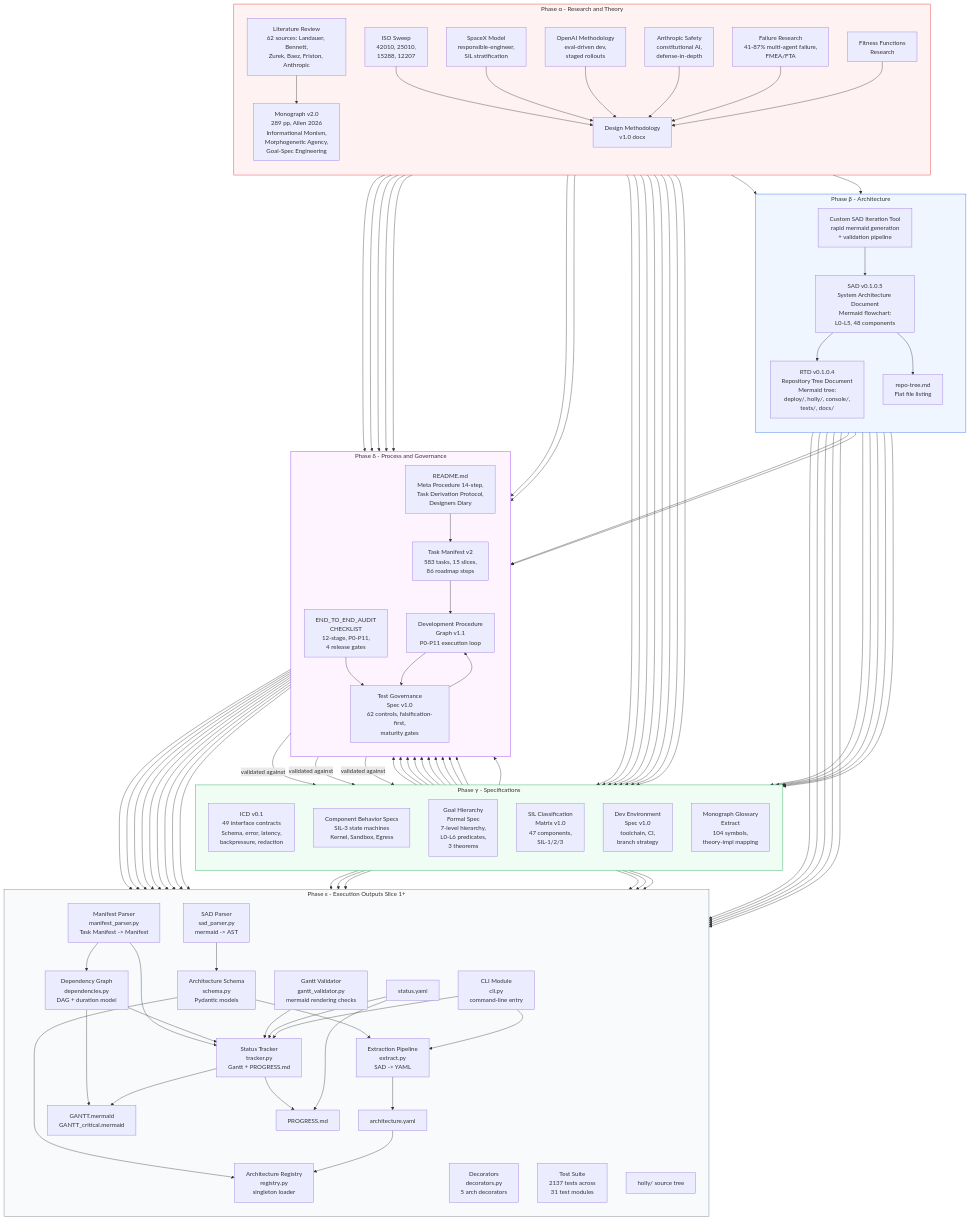
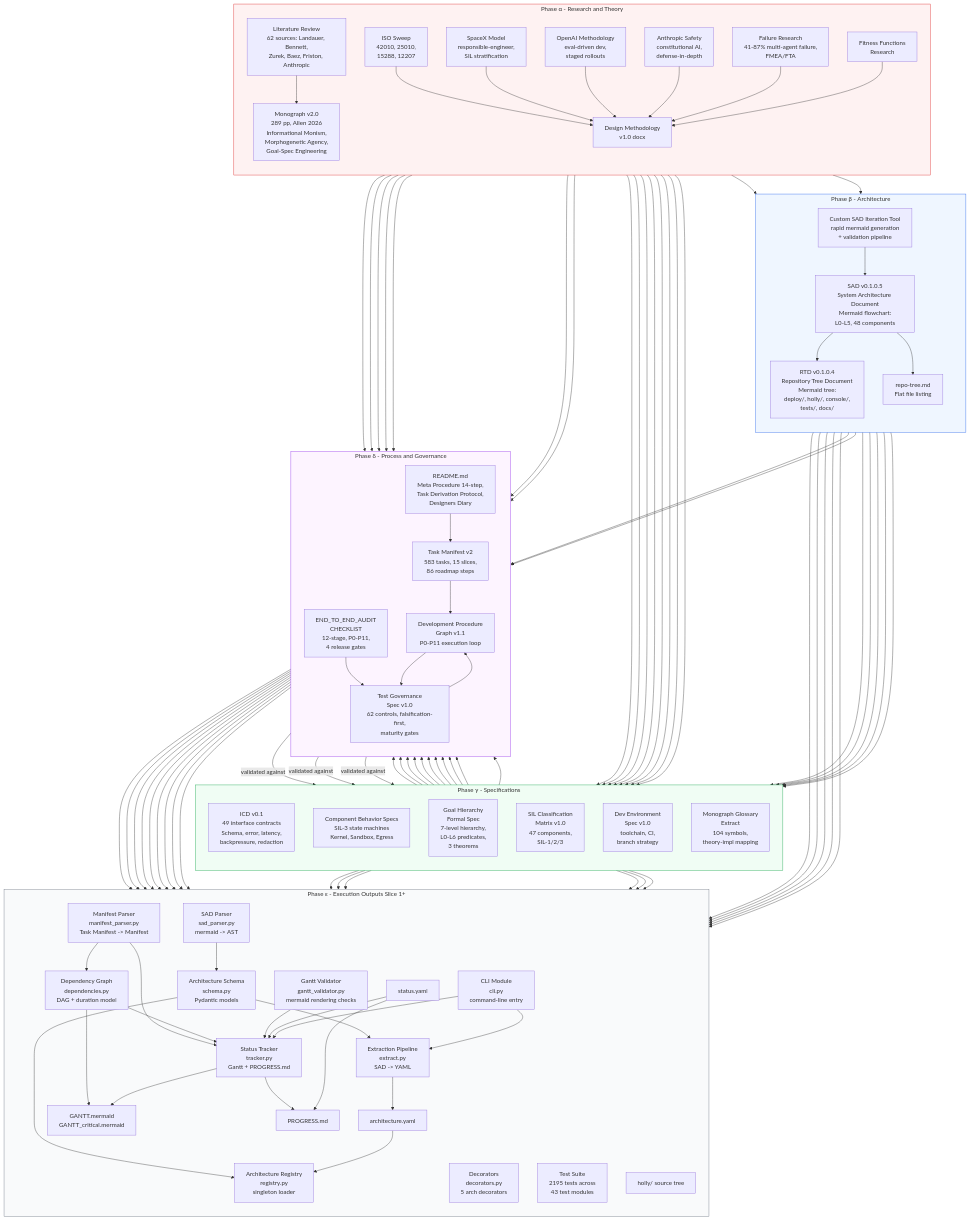
The diagram in docs/architecture/Artifact_Genealogy.md (1seansean1/holly-grace), drawn with Mermaid before and after one commit. The commit also changed other lines of this file and 15 other files, not shown here.

```diff
--- a/docs/architecture/Artifact_Genealogy.md
+++ b/docs/architecture/Artifact_Genealogy.md
@@ -97,7 +97,7 @@
         GANTT["GANTT.mermaid\nGANTT_critical.mermaid"]
         PROG["PROGRESS.md"]
         STATYS["status.yaml"]
-        TESTS["Test Suite\n2137 tests across\n31 test modules"]
+        TESTS["Test Suite\n2195 tests across\n43 test modules"]
         CODE["holly/ source tree"]
     end
 
```
